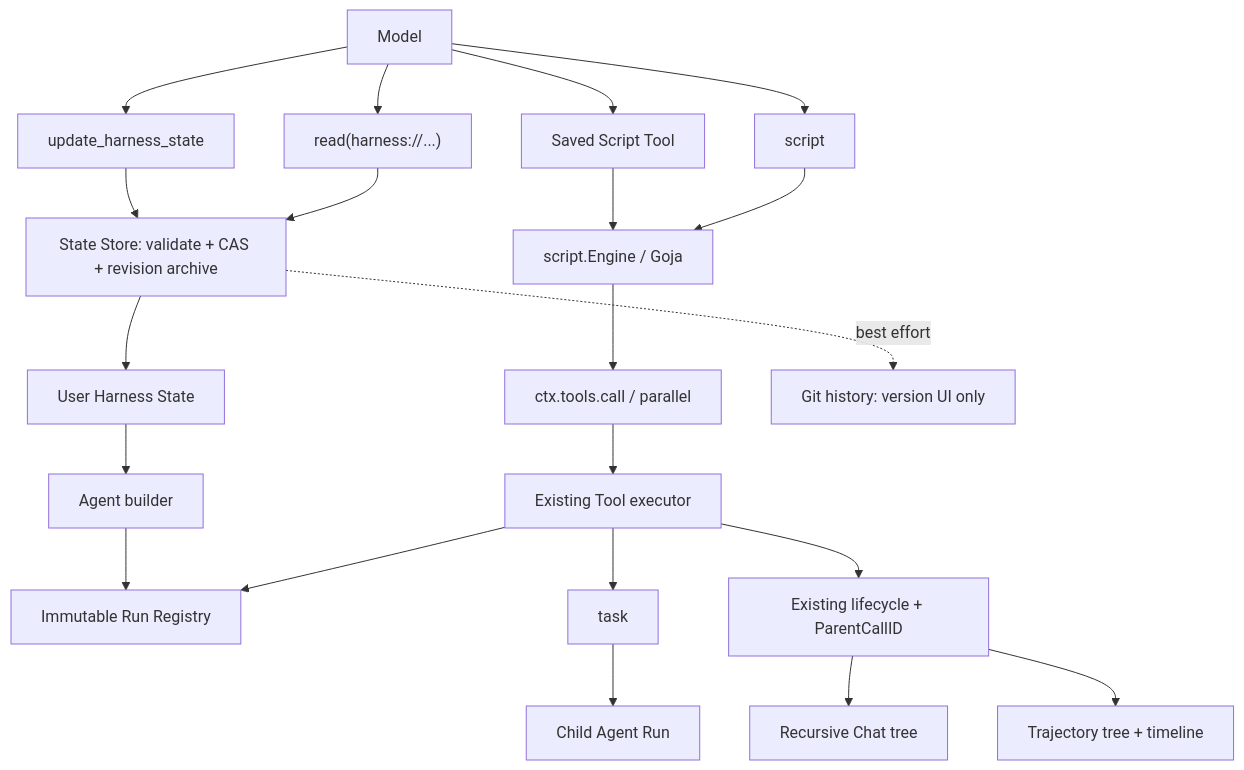
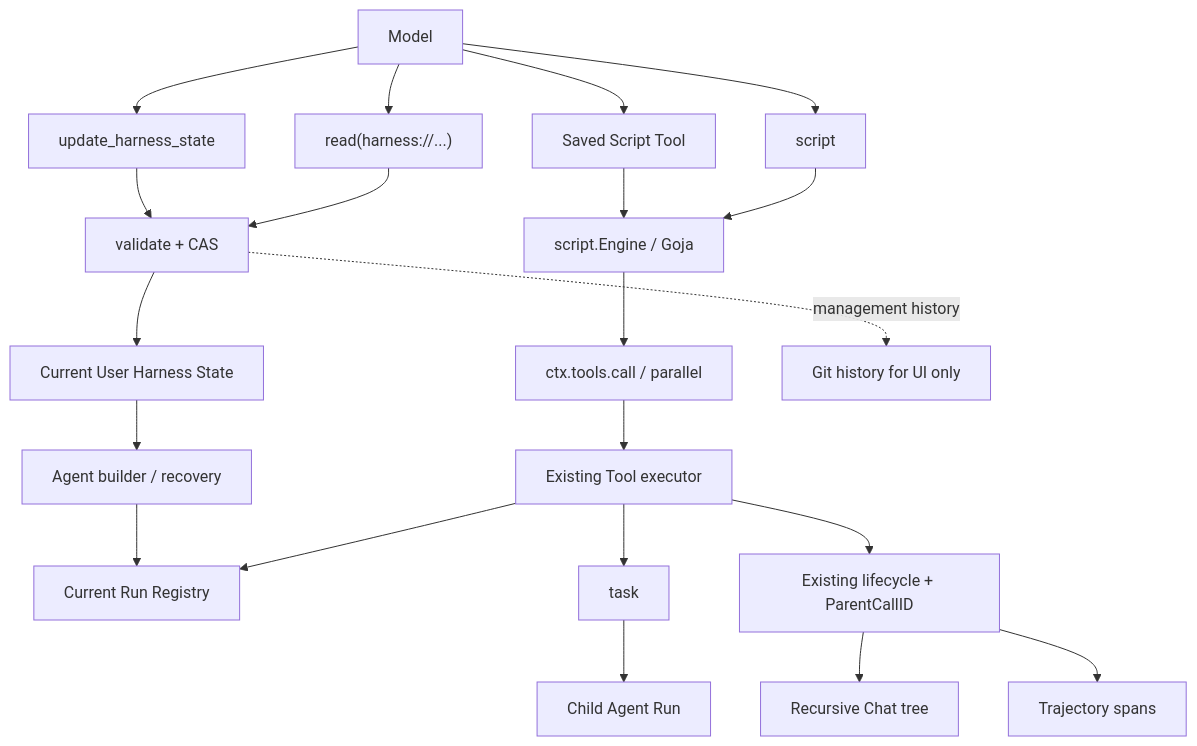
The diagram in docs/dynamic-tool-orchestration-design.md (agur145/nova), drawn with Mermaid before and after one commit. The commit also changed other lines of this file and 111 other files, not shown here.

Commit message:
Refine application architecture and user experience

````diff
--- a/docs/dynamic-tool-orchestration-design.md
+++ b/docs/dynamic-tool-orchestration-design.md
@@ -119,37 +91,34 @@
 ```mermaid
 flowchart TD
     MODEL["Model"]
-    IMMEDIATE["script"]
+    SCRIPT["script"]
     SAVED["Saved Script Tool"]
     ENGINE["script.Engine / Goja"]
     HOST["ctx.tools.call / parallel"]
     EXECUTOR["Existing Tool executor"]
-    REGISTRY["Immutable Run Registry"]
+    REGISTRY["Current Run Registry"]
     TASK["task"]
     CHILD["Child Agent Run"]
     EVENTS["Existing lifecycle + ParentCallID"]
     CHAT["Recursive Chat tree"]
-    TRACE["Trajectory tree + timeline"]
+    TRACE["Trajectory spans"]
 
-    STATE["User Harness State"]
+    STATE["Current User Harness State"]
     READ["read(harness://...)"]
     UPDATE["update_harness_state"]
-    STORE["State Store: validate + CAS + revision archive"]
-    HISTORY["Git history: version UI only"]
-    BUILDER["Agent builder"]
+    STORE["validate + CAS"]
+    HISTORY["Git history for UI only"]
+    BUILDER["Agent builder / recovery"]
 
-    MODEL --> IMMEDIATE --> ENGINE
+    MODEL --> SCRIPT --> ENGINE
     MODEL --> SAVED --> ENGINE
-    ENGINE --> HOST --> EXECUTOR
-    EXECUTOR --> REGISTRY
+    ENGINE --> HOST --> EXECUTOR --> REGISTRY
     EXECUTOR --> TASK --> CHILD
-    EXECUTOR --> EVENTS
-    EVENTS --> CHAT
+    EXECUTOR --> EVENTS --> CHAT
     EVENTS --> TRACE
 
     MODEL --> READ --> STORE
-    MODEL --> UPDATE --> STORE
-    STORE --> STATE
-    STORE -. best effort .-> HISTORY
+    MODEL --> UPDATE --> STORE --> STATE
+    STORE -. management history .-> HISTORY
     STATE --> BUILDER --> REGISTRY
 ```
````
